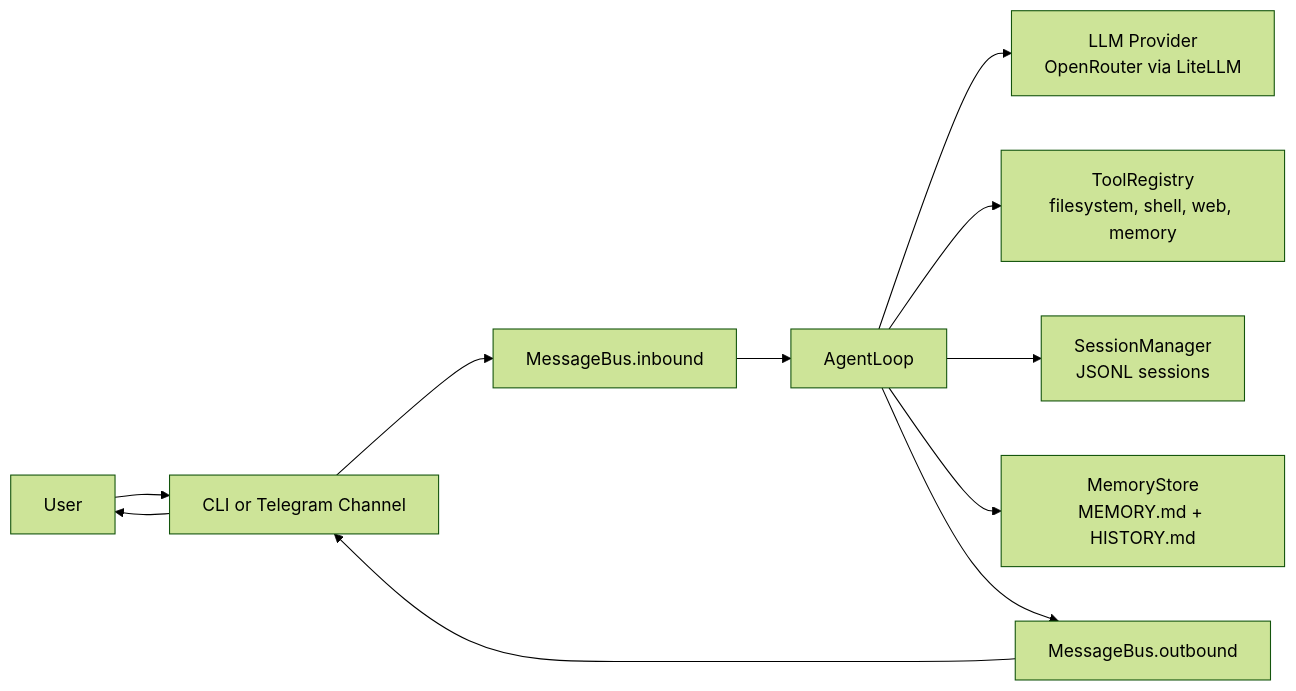
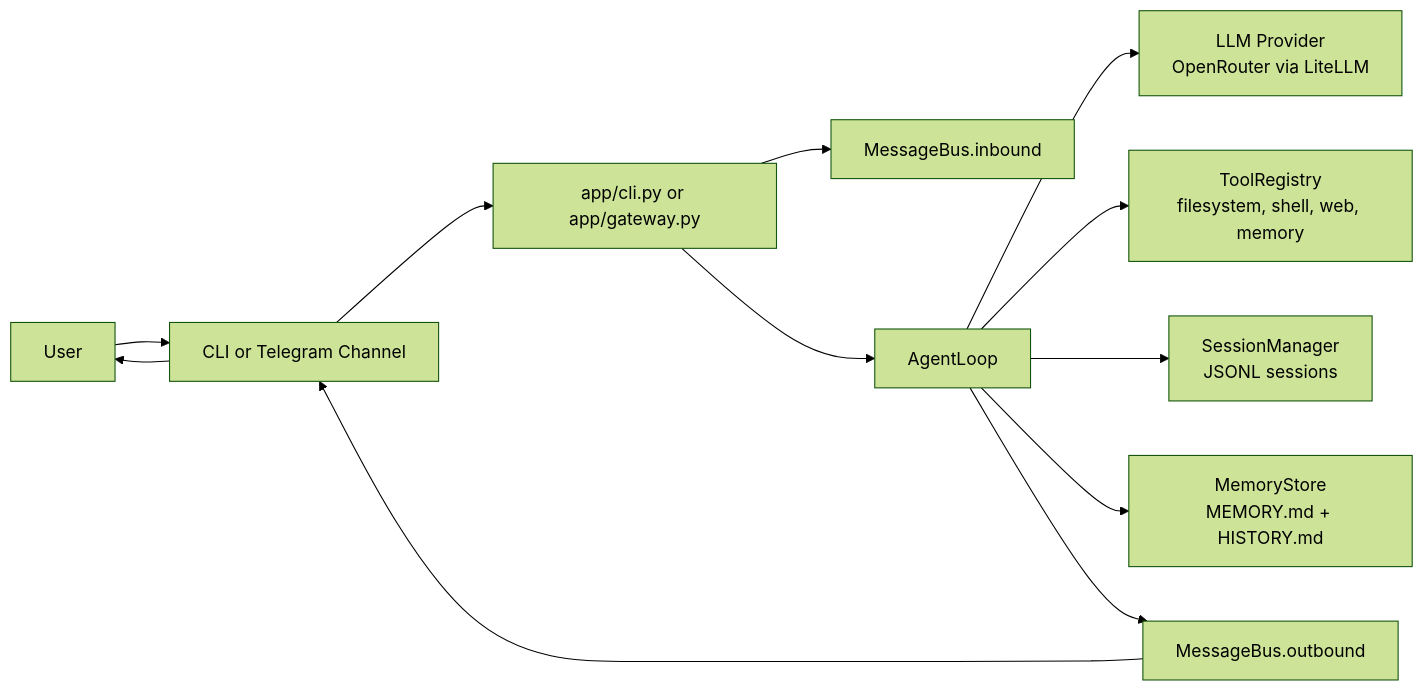
The diagram in README.md (milescole/sideclaw), drawn with Mermaid (forest theme) before and after one commit. The commit also changed other lines of this file and 13 other files, not shown here.

````diff
--- a/README.md
+++ b/README.md
@@ -27,13 +28,14 @@
 ```mermaid
 flowchart LR
     U[User] --> C[CLI or Telegram Channel]
-    C --> B[MessageBus.inbound]
-    B --> A[AgentLoop]
+    C --> APP[app/cli.py or app/gateway.py]
+    APP --> B[MessageBus.inbound]
+    APP --> A[AgentLoop]
     A --> P[LLM Provider<br/>OpenRouter via LiteLLM]
     A --> T[ToolRegistry<br/>filesystem, shell, web, memory]
     A --> S[SessionManager<br/>JSONL sessions]
     A --> M[MemoryStore<br/>MEMORY.md + HISTORY.md]
     A --> BO[MessageBus.outbound]
     BO --> C
     C --> U
 ```
````
